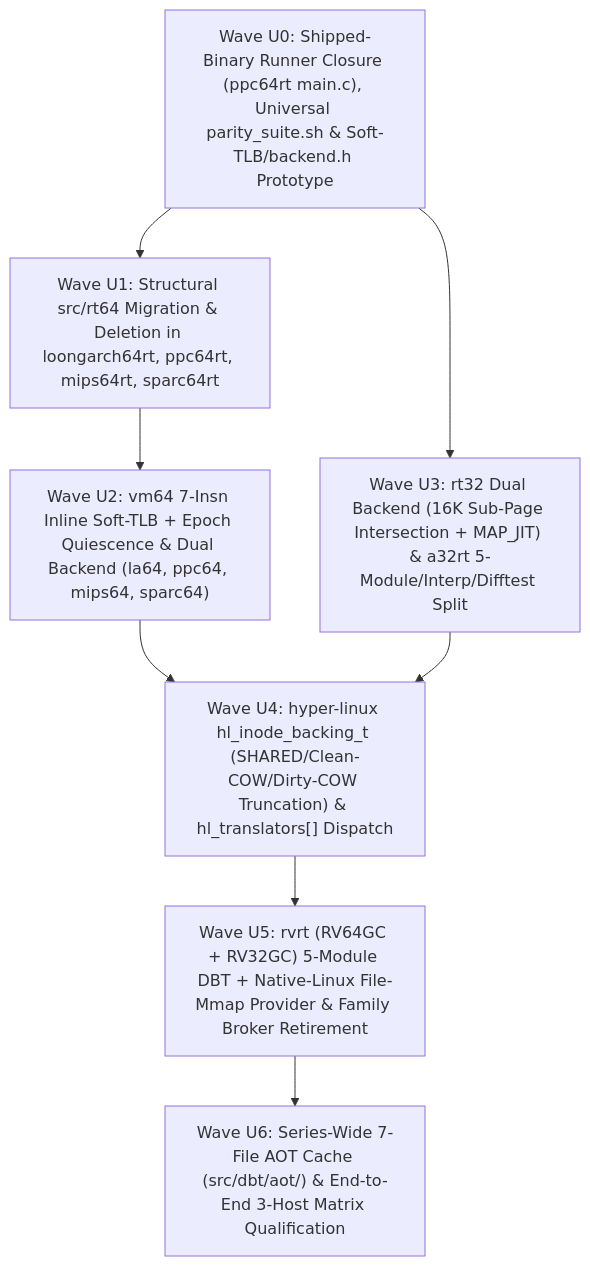
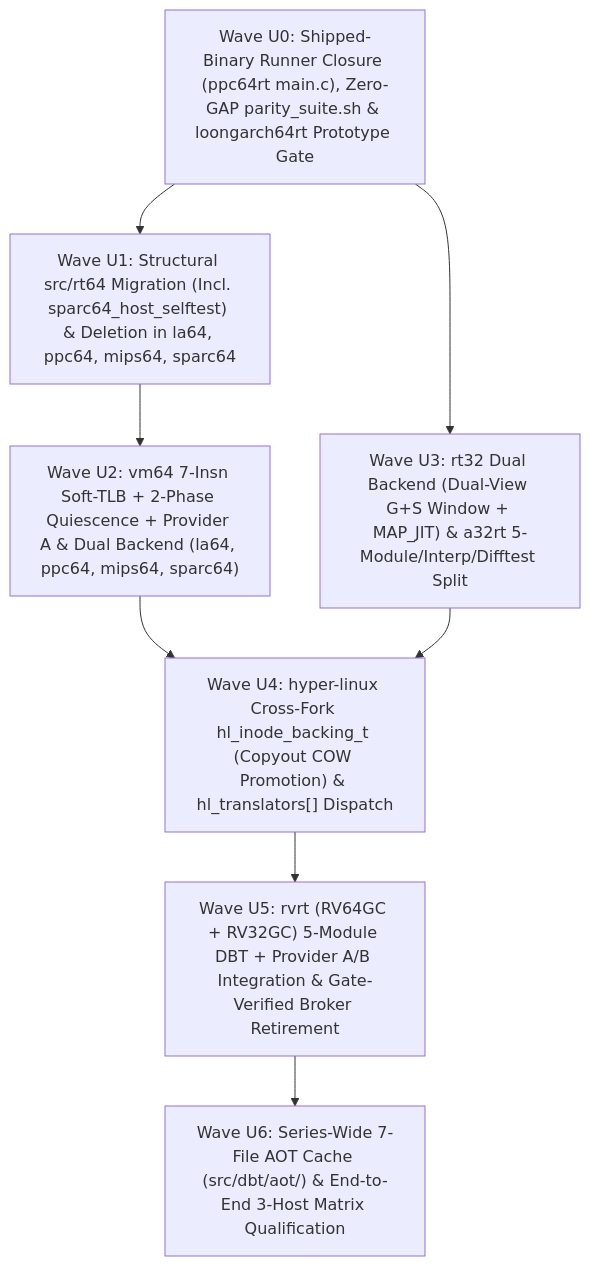
One commit to zw3rk/rt-series changed the diagram in docs/UNIFICATION-PLAN.md. Above: the diagram before and after it, drawn with Mermaid. The commit also changed other lines of this file and 5 other files, not shown here.

````diff
--- a/docs/UNIFICATION-PLAN.md
+++ b/docs/UNIFICATION-PLAN.md
@@ -451,18 +580,18 @@
 ```mermaid
 flowchart TD
-    U0["Wave U0: Shipped-Binary Runner Closure (ppc64rt main.c), Universal parity_suite.sh & Soft-TLB/backend.h Prototype"]
-    U1["Wave U1: Structural src/rt64 Migration & Deletion in loongarch64rt, ppc64rt, mips64rt, sparc64rt"]
-    U2["Wave U2: vm64 7-Insn Inline Soft-TLB + Epoch Quiescence & Dual Backend (la64, ppc64, mips64, sparc64)"]
-    U3["Wave U3: rt32 Dual Backend (16K Sub-Page Intersection + MAP_JIT) & a32rt 5-Module/Interp/Difftest Split"]
-    U4["Wave U4: hyper-linux hl_inode_backing_t (SHARED/Clean-COW/Dirty-COW Truncation) & hl_translators[] Dispatch"]
-    U5["Wave U5: rvrt (RV64GC + RV32GC) 5-Module DBT + Native-Linux File-Mmap Provider & Family Broker Retirement"]
+    U0["Wave U0: Shipped-Binary Runner Closure (ppc64rt main.c), Zero-GAP parity_suite.sh & loongarch64rt Prototype Gate"]
+    U1["Wave U1: Structural src/rt64 Migration (Incl. sparc64_host_selftest) & Deletion in la64, ppc64, mips64, sparc64"]
+    U2["Wave U2: vm64 7-Insn Soft-TLB + 2-Phase Quiescence + Provider A & Dual Backend (la64, ppc64, mips64, sparc64)"]
+    U3["Wave U3: rt32 Dual Backend (Dual-View G+S Window + MAP_JIT) & a32rt 5-Module/Interp/Difftest Split"]
+    U4["Wave U4: hyper-linux Cross-Fork hl_inode_backing_t (Copyout COW Promotion) & hl_translators[] Dispatch"]
+    U5["Wave U5: rvrt (RV64GC + RV32GC) 5-Module DBT + Provider A/B Integration & Gate-Verified Broker Retirement"]
     U6["Wave U6: Series-Wide 7-File AOT Cache (src/dbt/aot/) & End-to-End 3-Host Matrix Qualification"]
 
     U0 --> U1
     U1 --> U2
     U0 --> U3
     U2 --> U4
     U3 --> U4
     U4 --> U5
     U5 --> U6
 ```
````
